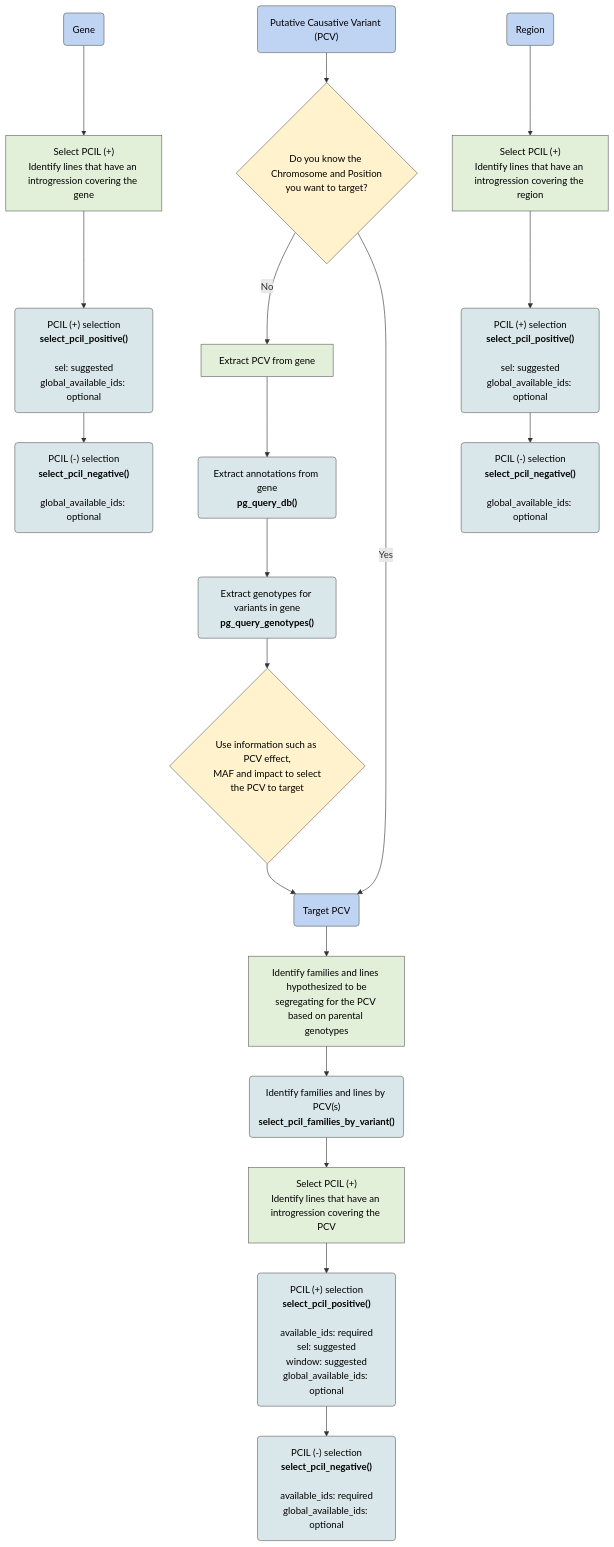
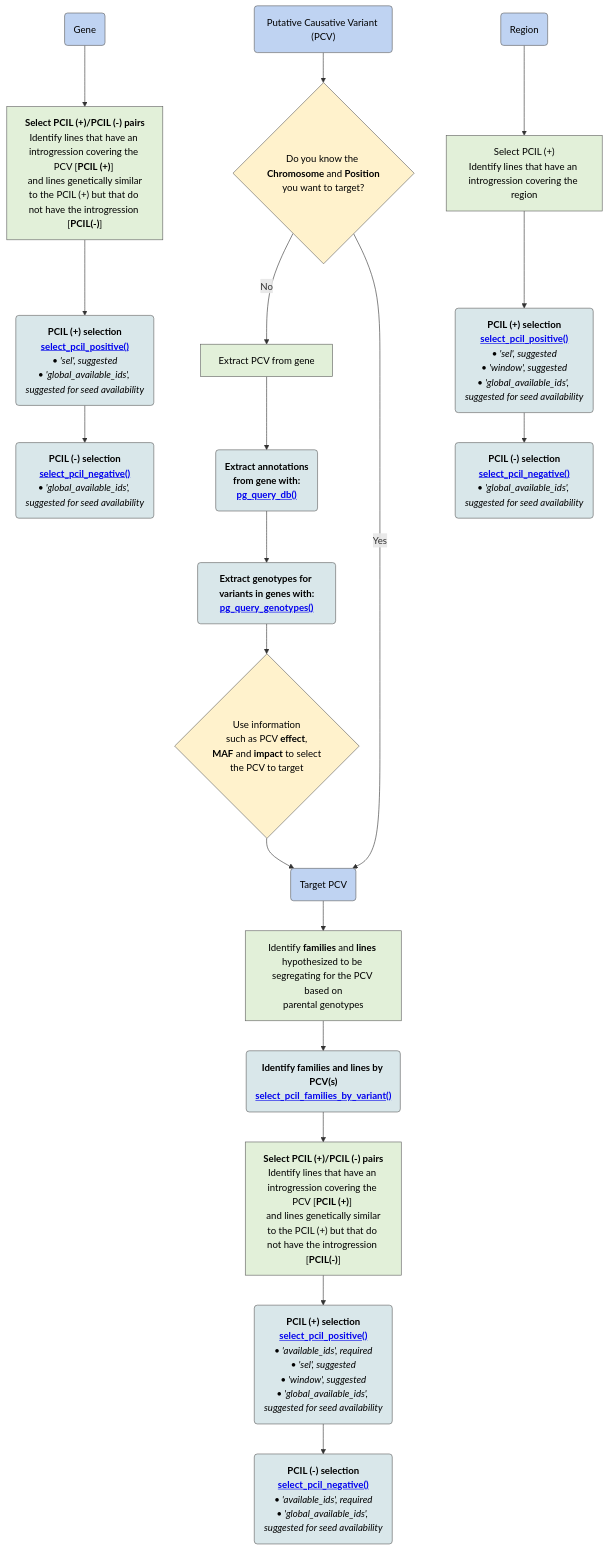
The diagram in README.md (claracruet/PCIL_selection_pipeline), drawn with Mermaid before and after one commit.

````diff
--- a/README.md
+++ b/README.md
@@ -1,74 +1,72 @@
 ```mermaid
 flowchart TD
 
 %% =========================================================
-%% MAIN GENOMIC TARGETS
+%% MAIN TARGETS
 %% =========================================================
 
 PCV("Putative Causative Variant (PCV)")
 GENE("Gene")
 REGION("Region")
 
 %% =========================================================
 %% PCV BRANCH
 %% =========================================================
 
-PCV --> KNOW{"Do you know the Chromosome and Position<br/>you want to target?"}
+PCV --> KNOW{"Do you know the <b>Chromosome</b> and <b>Position</b><br/>you want to target?"}
 
 KNOW -->|No| EXTRACT["Extract PCV from gene"]
 KNOW -->|Yes| TARGET("Target PCV")
 
-EXTRACT --> ANN("Extract annotations from gene<br/><b>pg_query_db()</b>")
-ANN --> GENO("Extract genotypes for variants in gene<br/><b>pg_query_genotypes()</b>")
+EXTRACT --> ANN("<b>Extract annotations</b><br/><b>from gene with:</b><br/><a href='YOUR_PG_QUERY_DB_LINK'><b>pg_query_db()</b></a>")
 
-GENO --> CHOOSE{"Use information such as PCV effect,<br/>MAF and impact to select<br/>the PCV to target"}
+ANN --> GENO("<b>Extract genotypes for variants in genes with:</b><br/><a href='YOUR_PG_QUERY_GENOTYPES_LINK'><b>pg_query_genotypes()</b></a>")
+
+GENO --> CHOOSE{"Use information<br/>such as PCV <b>effect</b>,<br/><b>MAF</b> and <b>impact</b> to select<br/>the PCV to target"}
 
 CHOOSE --> TARGET
 
-TARGET --> FAMSTEP["Identify families and lines hypothesized to be<br/>segregating for the PCV based on parental genotypes"]
+TARGET --> FAMSTEP["Identify <b>families</b> and <b>lines</b> hypothesized to be segregating for the PCV based on<br/>parental genotypes"]
 
-FAMSTEP --> FAMFUNC("Identify families and lines by PCV(s)<br/><b>select_pcil_families_by_variant()</b>")
+FAMSTEP --> FAMFUNC("<b>Identify families and lines by PCV(s)</b><br/><a href='YOUR_FAMILY_SELECTION_README_LINK'><b>select_pcil_families_by_variant()</b></a>")
 
-FAMFUNC --> PCPOSSTEP["Select PCIL (+)<br/>Identify lines that have an introgression covering the PCV"]
+FAMFUNC --> PCPOSSTEP["<b>Select PCIL (+)/PCIL (-) pairs</b><br/>Identify lines that have an introgression covering the PCV [<b>PCIL (+)</b>] <br/> and lines genetically similar to the PCIL (+) but that do not have the introgression [<b>PCIL(-)</b>]"]
 
-PCPOSSTEP --> PCPOSFUNC("PCIL (+) selection<br/><b>select_pcil_positive()</b><br/><br/>available_ids: required<br/>sel: suggested<br/>window: suggested<br/>global_available_ids: optional")
+PCPOSSTEP --> PCPOSFUNC("<b>PCIL (+) selection</b><br/><a href='YOUR_PCIL_POSITIVE_README_LINK'><b>select_pcil_positive()</b></a><br/><span style='color:red'><i>• 'available_ids', required<br/>• 'sel', suggested<br/>• 'window', suggested<br/>• 'global_available_ids', suggested for seed availability</i></span>")
 
-PCPOSFUNC --> PCNEGFUNC("PCIL (-) selection<br/><b>select_pcil_negative()</b><br/><br/>available_ids: required<br/>global_available_ids: optional")
-
+PCPOSFUNC --> PCNEGFUNC("<b>PCIL (-) selection</b><br/><a href='YOUR_PCIL_NEGATIVE_README_LINK'><b>select_pcil_negative()</b></a><br/><span style='color:red'><i>• 'available_ids', required<br/>• 'global_available_ids', suggested for seed availability</i></span>")
 
 %% =========================================================
 %% GENE BRANCH
 %% =========================================================
 
-GENE --> GPOSSTEP["Select PCIL (+)<br/>Identify lines that have an introgression covering the gene"]
+GENE --> GPOSSTEP["<b>Select PCIL (+)/PCIL (-) pairs</b><br/>Identify lines that have an introgression covering the PCV [<b>PCIL (+)</b>] <br/> and lines genetically similar to the PCIL (+) but that do not have the introgression [<b>PCIL(-)</b>]"]
 
-GPOSSTEP --> GPOSFUNC("PCIL (+) selection<br/><b>select_pcil_positive()</b><br/><br/>sel: suggested<br/>global_available_ids: optional")
+GPOSSTEP --> GPOSFUNC("<b>PCIL (+) selection</b><br/><a href='YOUR_PCIL_POSITIVE_README_LINK'><b>select_pcil_positive()</b></a><br/><span style='color:red'><i>• 'sel', suggested<br/>• 'global_available_ids', suggested for seed availability</i></span>")
 
-GPOSFUNC --> GNEGFUNC("PCIL (-) selection<br/><b>select_pcil_negative()</b><br/><br/>global_available_ids: optional")
-
+GPOSFUNC --> GNEGFUNC("<b>PCIL (-) selection</b><br/><a href='YOUR_PCIL_NEGATIVE_README_LINK'><b>select_pcil_negative()</b></a><br/><span style='color:red'><i>• 'global_available_ids', suggested for seed availability</i></span>")
 
 %% =========================================================
 %% REGION BRANCH
 %% =========================================================
 
 REGION --> RPOSSTEP["Select PCIL (+)<br/>Identify lines that have an introgression covering the region"]
 
-RPOSSTEP --> RPOSFUNC("PCIL (+) selection<br/><b>select_pcil_positive()</b><br/><br/>sel: suggested<br/>global_available_ids: optional")
+RPOSSTEP --> RPOSFUNC("<b>PCIL (+) selection</b><br/><a href='YOUR_PCIL_POSITIVE_README_LINK'><b>select_pcil_positive()</b></a><br/><span style='color:red'><i>• 'sel', suggested<br/>• 'window', suggested<br/>• 'global_available_ids', suggested for seed availability</i></span>")
 
-RPOSFUNC --> RNEGFUNC("PCIL (-) selection<br/><b>select_pcil_negative()</b><br/><br/>global_available_ids: optional")
-
+RPOSFUNC --> RNEGFUNC("<b>PCIL (-) selection</b><br/><a href='YOUR_PCIL_NEGATIVE_README_LINK'><b>select_pcil_negative()</b></a><br/><span style='color:red'><i>• 'global_available_ids', suggested for seed availability</i></span>")
 
 %% =========================================================
-%% COLORS / SHAPES
+%% STYLES
 %% =========================================================
 
 classDef target fill:#BFD3F2,stroke:#606060,stroke-width:1px,color:#000;
 classDef decision fill:#FFF2CC,stroke:#606060,stroke-width:1px,color:#000;
 classDef step fill:#E2F0D9,stroke:#606060,stroke-width:1px,color:#000;
 classDef function fill:#D9E7EA,stroke:#606060,stroke-width:1px,color:#000;
 
 class PCV,GENE,REGION,TARGET target;
 class KNOW,CHOOSE decision;
 class EXTRACT,FAMSTEP,PCPOSSTEP,GPOSSTEP,RPOSSTEP step;
 class ANN,GENO,FAMFUNC,PCPOSFUNC,PCNEGFUNC,GPOSFUNC,GNEGFUNC,RPOSFUNC,RNEGFUNC function;
 ```
````
